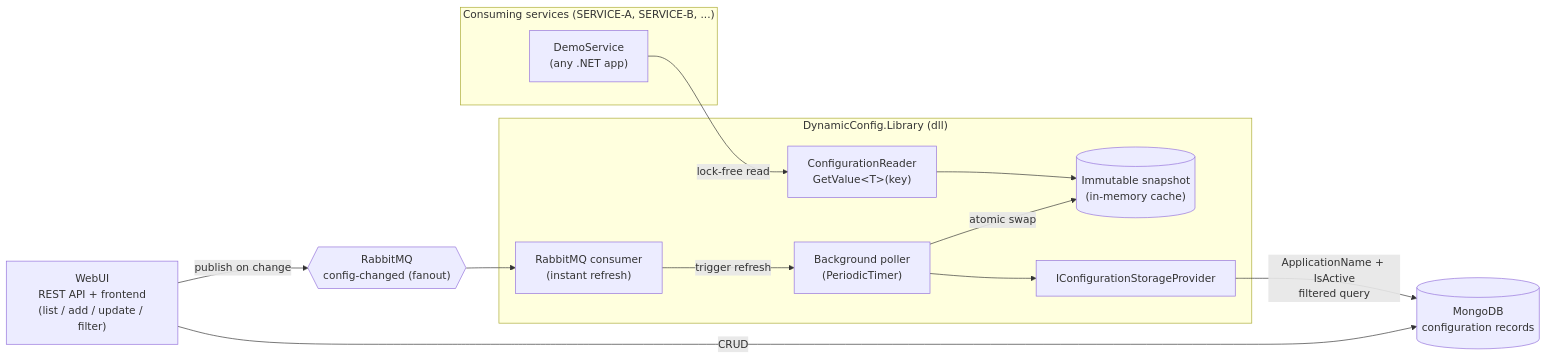
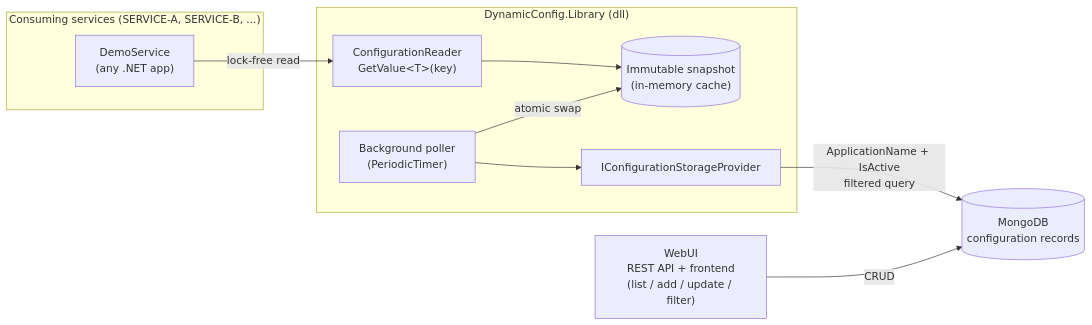
One commit to nuri35/dynamic-config-net changed the diagram in README.md. Above: the diagram before and after it, drawn with Mermaid. The commit also changed other lines of this file and 7 other files, not shown here.

````diff
--- a/README.md
+++ b/README.md
@@ -7,28 +7,23 @@
 ```mermaid
 flowchart LR
     subgraph consumers["Consuming services (SERVICE-A, SERVICE-B, ...)"]
         APP["DemoService<br/>(any .NET app)"]
     end
 
     subgraph lib["DynamicConfig.Library (dll)"]
         CR["ConfigurationReader<br/>GetValue&lt;T&gt;(key)"]
         SNAP[("Immutable snapshot<br/>(in-memory cache)")]
         POLL["Background poller<br/>(PeriodicTimer)"]
-        SUB["RabbitMQ consumer<br/>(instant refresh)"]
         PROV["IConfigurationStorageProvider"]
     end
 
     MONGO[("MongoDB<br/>configuration records")]
-    MQ{{"RabbitMQ<br/>config-changed (fanout)"}}
     UI["WebUI<br/>REST API + frontend<br/>(list / add / update / filter)"]
 
     APP -- "lock-free read" --> CR
     CR --> SNAP
     POLL -- "atomic swap" --> SNAP
-    SUB -- "trigger refresh" --> POLL
     POLL --> PROV
     PROV -- "ApplicationName + IsActive<br/>filtered query" --> MONGO
-    MQ --> SUB
     UI -- "CRUD" --> MONGO
-    UI -- "publish on change" --> MQ
 ```
````
